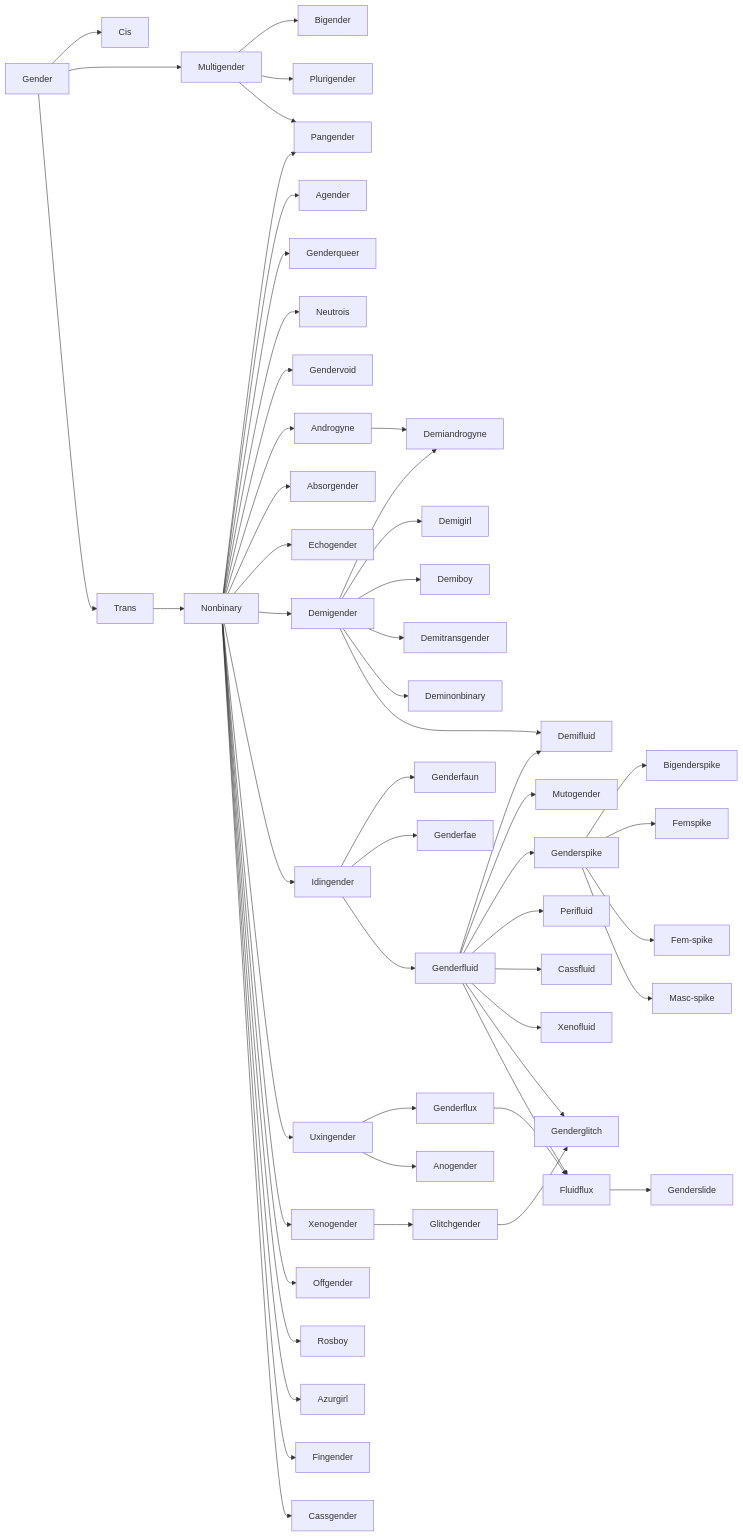
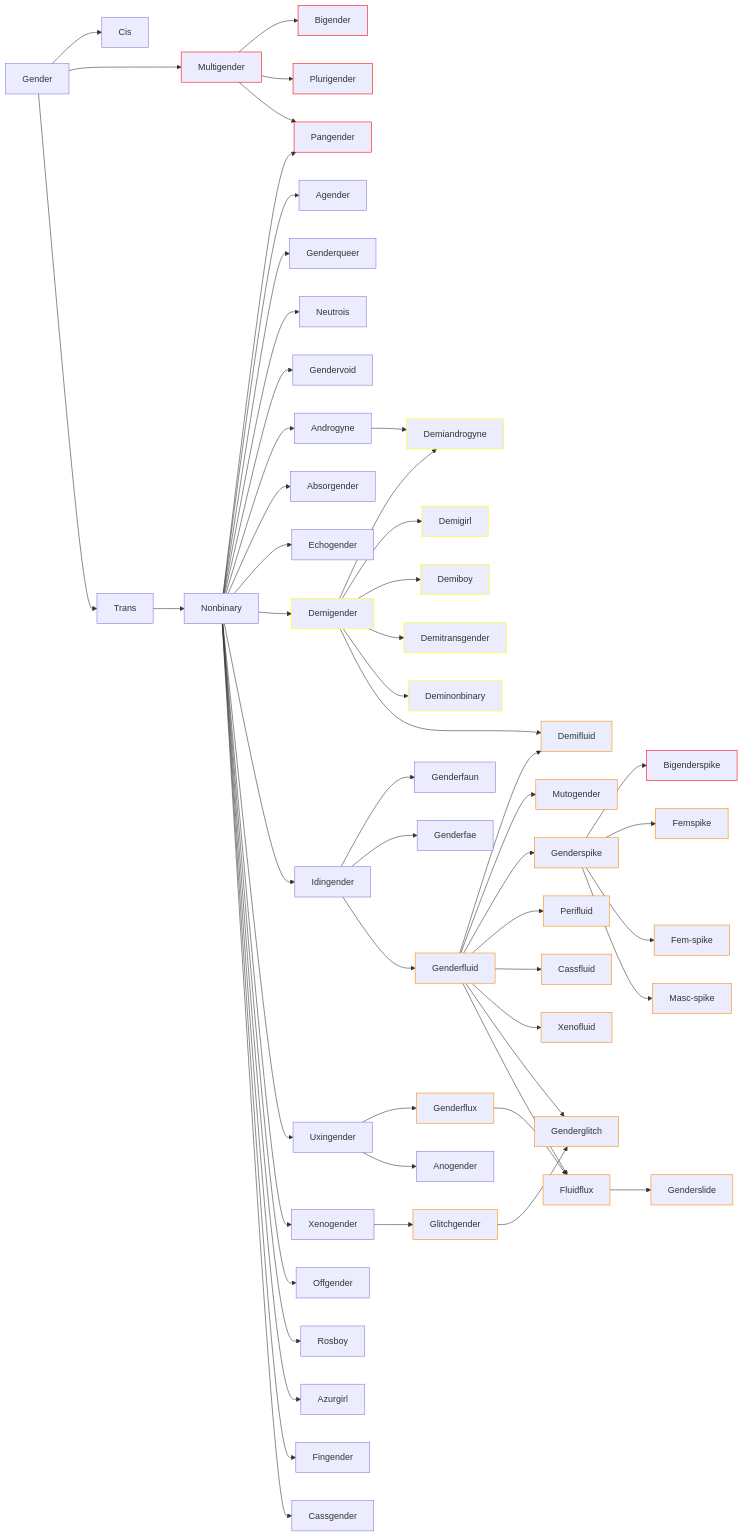
One commit to flare-proto/flare-proto.github.io changed the diagram in docs/blog/posts/genders.md. Above: the diagram before and after it, drawn with Mermaid.

````diff
--- a/docs/blog/posts/genders.md
+++ b/docs/blog/posts/genders.md
@@ -15,13 +15,10 @@
 
     Cis
     Gender-->Cis
-
-    Multigender 
-    Gender-->Multigender 
-    Bigender
-    Multigender-->Bigender
-    Plurigender
-    Multigender-->Plurigender
+ 
+    Gender-->Multigender:::multigender
+    Multigender-->Bigender:::multigender
+    Multigender-->Plurigender:::multigender
 
     Trans
     Gender-->Trans
@@ -29,8 +26,7 @@
     Nonbinary
     Trans-->Nonbinary
 
-    Pangender
-    Nonbinary-->Pangender
+    Nonbinary-->Pangender:::multigender
     Multigender-->Pangender
 
     Agender
@@ -55,19 +51,14 @@
     Nonbinary-->Echogender
 
     Demigender
-    Nonbinary-->Demigender
-    Demigirl
-    Demiboy
-    Demiandrogyne
-    Demitransgender
-    Deminonbinary
+    Nonbinary-->Demigender:::demi
     
-    Demigender-->Demiandrogyne
-    Demigender-->Demigirl
-    Demigender-->Demiboy
-    Demigender-->Demitransgender
-    Demigender-->Deminonbinary
-    Androgyne-->Demiandrogyne
+    Demigender-->Demiandrogyne:::demi
+    Demigender-->Demigirl:::demi
+    Demigender-->Demiboy:::demi
+    Demigender-->Demitransgender:::demi
+    Demigender-->Deminonbinary:::demi
+    Androgyne-->Demiandrogyne:::demi
 
     Idingender
     Nonbinary-->Idingender
@@ -76,67 +67,56 @@
     Genderfae
     Idingender-->Genderfae
     Genderfluid
-    Idingender-->Genderfluid
-    Demifluid
-    Genderfluid-->Demifluid
+    Idingender-->Genderfluid:::fluix
+    Genderfluid-->Demifluid:::fluix
     Demigender-->Demifluid
-    Mutogender
-    Genderfluid-->Mutogender
+    Genderfluid-->Mutogender:::fluix
     Genderspike
-    Genderfluid-->Genderspike
-    Bigenderspike
-    Genderspike-->Bigenderspike
-    Femspike
-    Genderspike-->Femspike
-    Fem-spike
-    Genderspike-->Fem-spike
+    Genderfluid-->Genderspike:::fluix
+    Genderspike-->Bigenderspike:::multigender
+    Genderspike-->Femspike:::fluix
+
+    Genderspike-->Fem-spike:::fluix
     Masc-spike
-    Genderspike-->Masc-spike
+    Genderspike-->Masc-spike:::fluix
 
     Perifluid
-    Genderfluid-->Perifluid
+    Genderfluid-->Perifluid:::fluix
     Cassfluid
-    Genderfluid-->Cassfluid
+    Genderfluid-->Cassfluid:::fluix
     Xenofluid
-    Genderfluid-->Xenofluid
+    Genderfluid-->Xenofluid:::fluix
     
     Genderglitch
-    Genderfluid-->Genderglitch
+    Genderfluid-->Genderglitch:::fluix
 
     Uxingender
     Nonbinary-->Uxingender
-    Genderflux
-    Uxingender-->Genderflux
-    Anogender
+    Uxingender-->Genderflux:::fluix
     Uxingender-->Anogender
 
-    Fluidflux
-    Genderslide
-    Genderfluid-->Fluidflux 
+    Genderfluid-->Fluidflux:::fluix
     Genderflux-->Fluidflux 
-    Fluidflux-->Genderslide 
+    Fluidflux-->Genderslide:::fluix
 
     Xenogender
     Nonbinary-->Xenogender
 
     Glitchgender
-    Xenogender-->Glitchgender
+    Xenogender-->Glitchgender:::fluix
     Glitchgender-->Genderglitch
-
-    Offgender 
+ 
     Nonbinary-->Offgender
 
-    Rosboy
     Nonbinary-->Rosboy
-    Azurgirl
     Nonbinary-->Azurgirl
 
-    Fingender
     Nonbinary-->Fingender
 
-    Cassgender
     Nonbinary-->Cassgender
 
     
-
+    classDef fluix stroke:#f80
+    classDef multigender stroke:#f00
+    classDef demi stroke:#ff0
 ```
````
